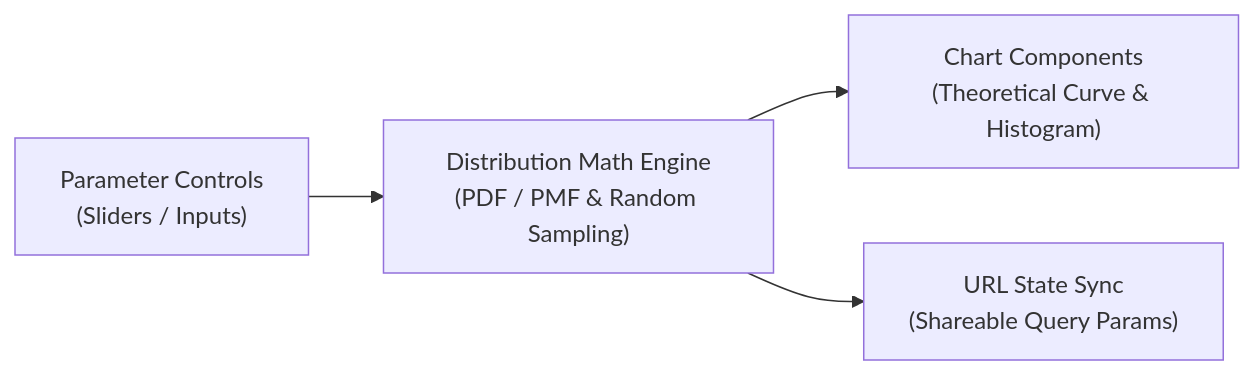
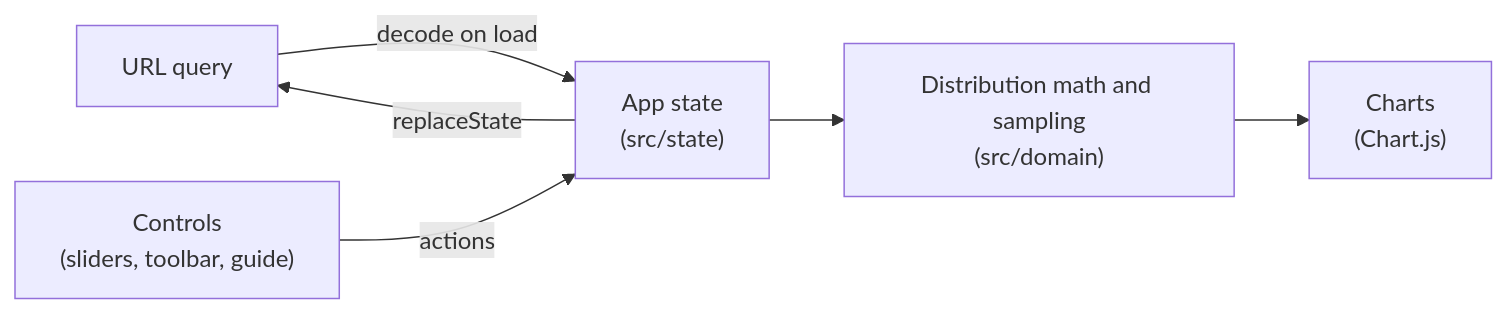
The diagram in README.md (shin4488/probability-distribution-visualization), drawn with Mermaid before and after one commit. The commit also changed other lines of this file and 20 other files, not shown here.

````diff
--- a/README.md
+++ b/README.md
@@ -21,6 +16,8 @@
 ```mermaid
 flowchart LR
-    Sliders["Parameter Controls<br>(Sliders / Inputs)"] --> Engine["Distribution Math Engine<br>(PDF / PMF & Random Sampling)"]
-    Engine --> Charts["Chart Components<br>(Theoretical Curve & Histogram)"]
-    Engine --> State["URL State Sync<br>(Shareable Query Params)"]
+    URL["URL query"] -->|decode on load| State["App state<br>(src/state)"]
+    Controls["Controls<br>(sliders, toolbar, guide)"] -->|actions| State
+    State -->|replaceState| URL
+    State --> Domain["Distribution math and sampling<br>(src/domain)"]
+    Domain --> Charts["Charts<br>(Chart.js)"]
 ```
````
